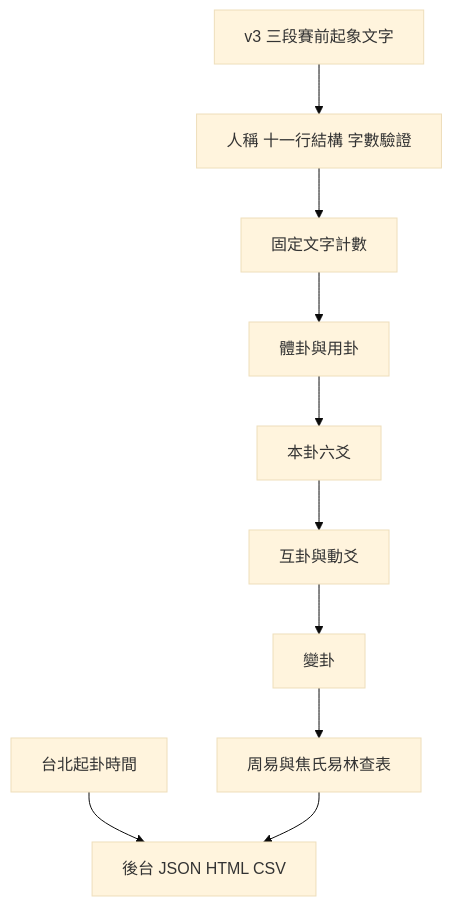
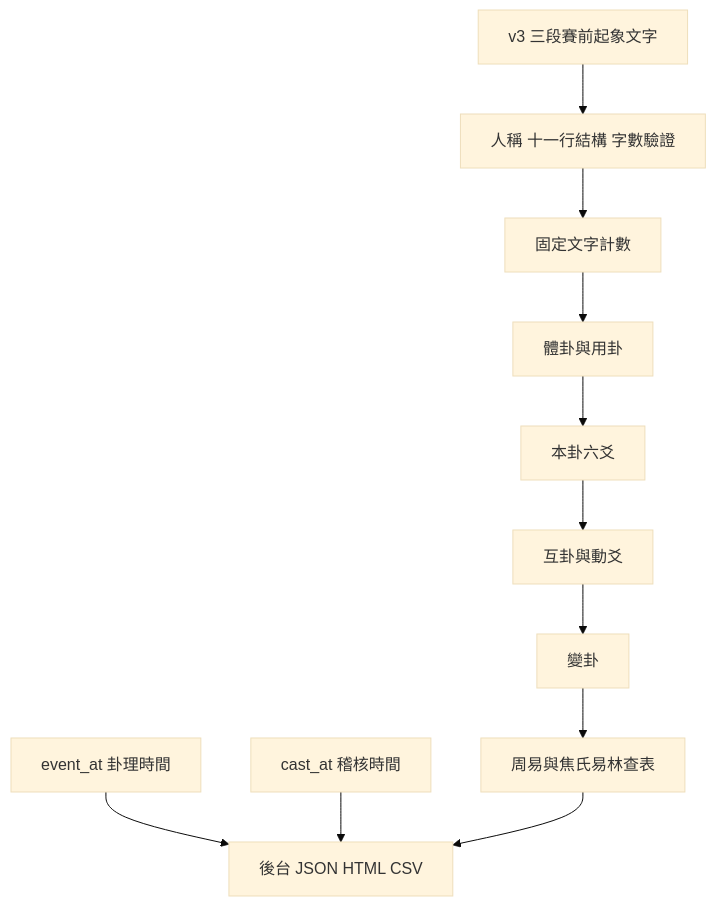
Before and after one commit to wujoshnjr/meihua-football-streamlit: the diagram in docs/ARCHITECTURE.md, drawn with Mermaid (base theme). The commit also changed other lines of this file and 32 other files, not shown here.

````diff
--- a/docs/ARCHITECTURE.md
+++ b/docs/ARCHITECTURE.md
@@ -31,12 +33,13 @@
 ```mermaid
 flowchart TD
     A[v3 三段賽前起象文字] --> P[人稱 十一行結構 字數驗證]
     P --> B[固定文字計數]
-    T[台北起卦時間] --> H[後台 JSON HTML CSV]
+    T[event_at 卦理時間] --> H[後台 JSON HTML CSV]
+    U[cast_at 稽核時間] --> H
     B --> C[體卦與用卦]
     C --> D[本卦六爻]
     D --> E[互卦與動爻]
     E --> F[變卦]
     F --> G[周易與焦氏易林查表]
     G --> H[後台 JSON HTML CSV]
 ```
````
